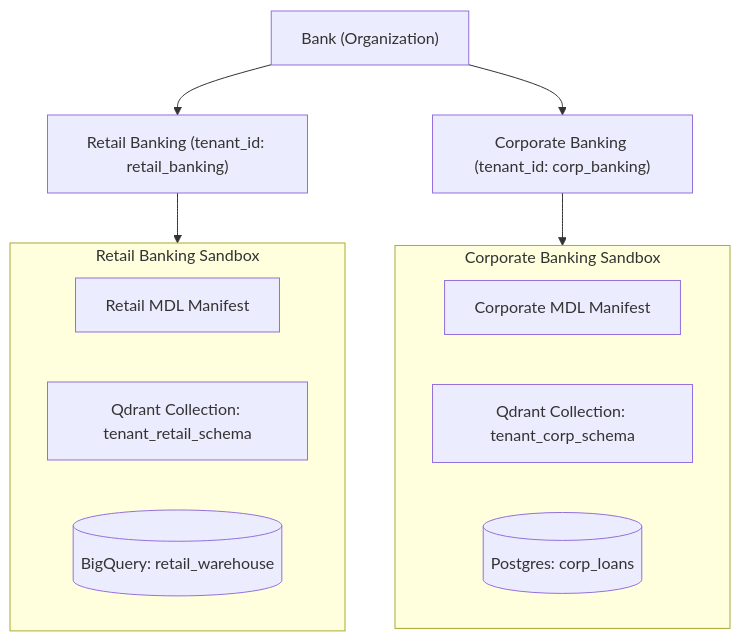
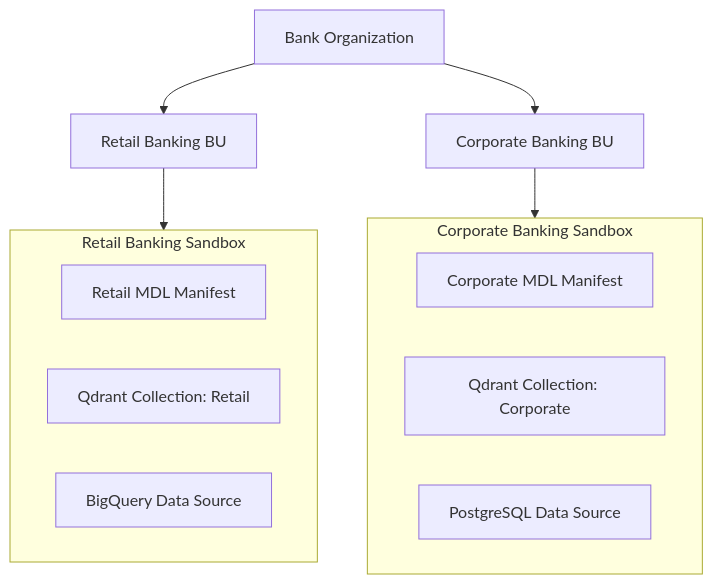
The second of 3 diagrams in POC_DOCUMENTS/legacy/bank_semantic_platform_architecture.md (arpit199924/Wren_setup), drawn with Mermaid before and after one commit. The commit also changed other lines of this file and 2 other files, not shown here.

Commit message:
Update legacy documents to include both text-based ASCII flowcharts and corrected Mermaid syntax

````diff
--- a/POC_DOCUMENTS/legacy/bank_semantic_platform_architecture.md
+++ b/POC_DOCUMENTS/legacy/bank_semantic_platform_architecture.md
@@ -76,21 +76,21 @@
 ```mermaid
 graph TD
-    Bank["Bank (Organization)"]
-    Bank --> BU1["Retail Banking (tenant_id: retail_banking)"]
-    Bank --> BU2["Corporate Banking (tenant_id: corp_banking)"]
+    Bank["Bank Organization"]
+    Bank --> BU1["Retail Banking BU"]
+    Bank --> BU2["Corporate Banking BU"]
 
     subgraph Retail ["Retail Banking Sandbox"]
         MDL1["Retail MDL Manifest"]
-        Coll1["Qdrant Collection: tenant_retail_schema"]
-        DS1[("BigQuery: retail_warehouse")]
+        Coll1["Qdrant Collection: Retail"]
+        DS1["BigQuery Data Source"]
     end
 
     subgraph Corp ["Corporate Banking Sandbox"]
         MDL2["Corporate MDL Manifest"]
-        Coll2["Qdrant Collection: tenant_corp_schema"]
-        DS2[("Postgres: corp_loans")]
+        Coll2["Qdrant Collection: Corporate"]
+        DS2["PostgreSQL Data Source"]
     end
 
     BU1 --> Retail
     BU2 --> Corp
 ```
````
